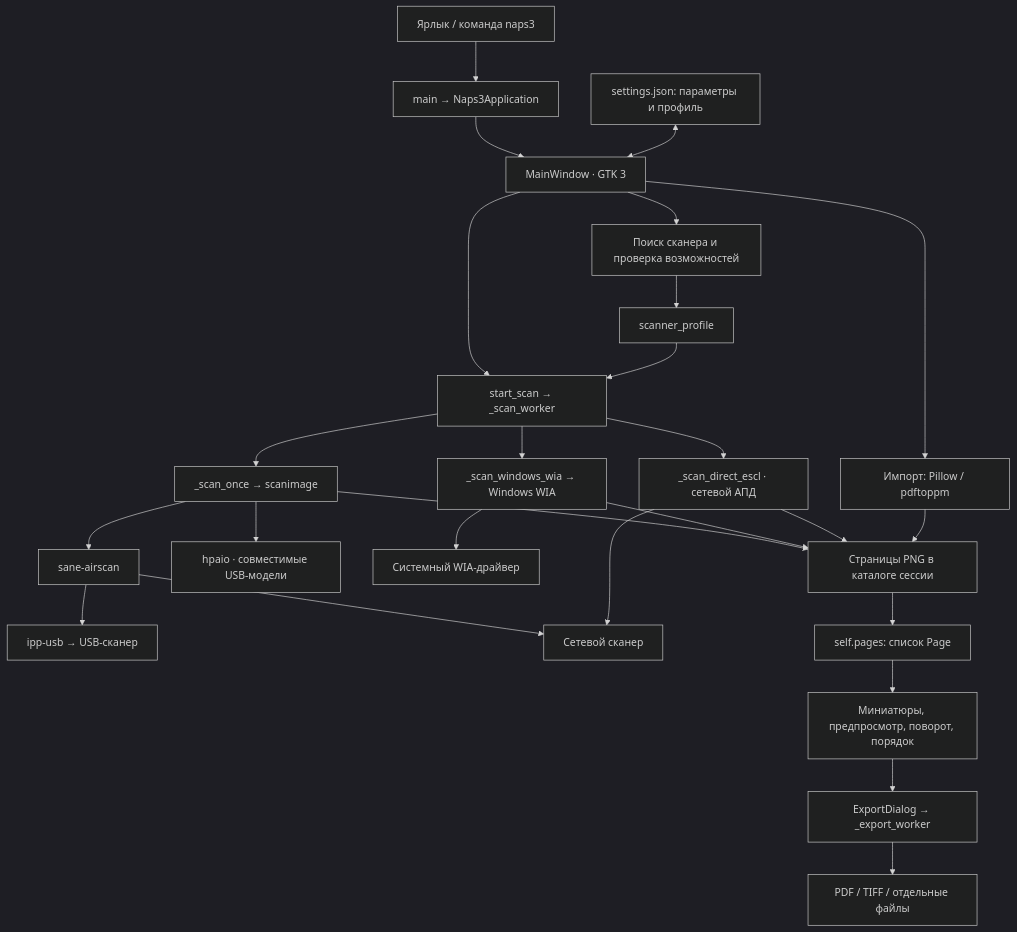
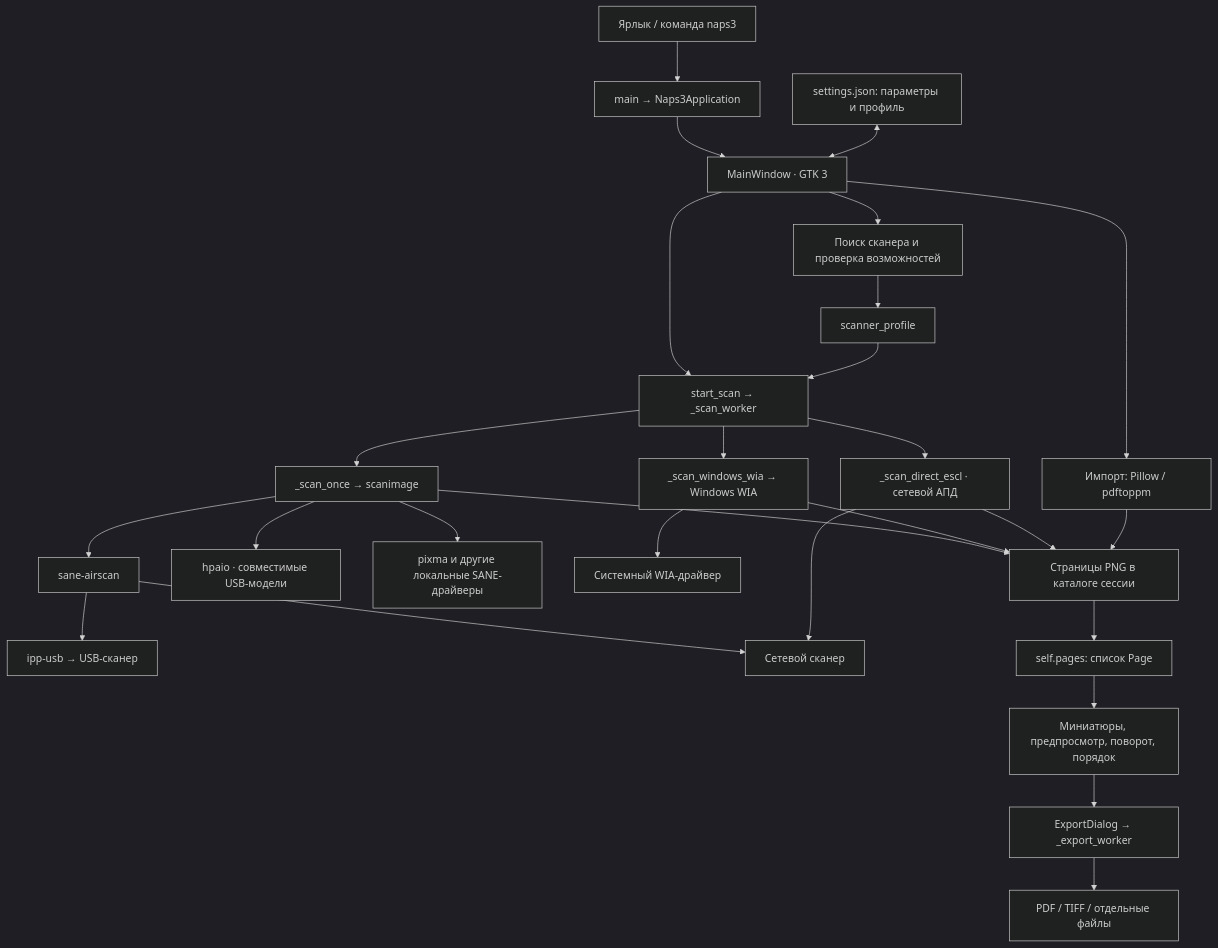
One commit to Kostya5232/naps3-redos changed the first of 3 diagrams in PROGRAM_MAP.md. Above: the diagram before and after it, drawn with Mermaid (dark theme). The commit also changed other lines of this file and 13 other files, not shown here.

````diff
--- a/PROGRAM_MAP.md
+++ b/PROGRAM_MAP.md
@@ -13,28 +13,29 @@
 ```mermaid
 flowchart TD
     Launch["Ярлык / команда naps3"] --> Main["main → Naps3Application"]
     Main --> UI["MainWindow · GTK 3"]
     Settings["settings.json: параметры и профиль"] <--> UI
     UI --> Discovery["Поиск сканера и проверка возможностей"]
     Discovery --> Profile["scanner_profile"]
     UI --> Scan["start_scan → _scan_worker"]
     Profile --> Scan
     Scan --> SANE["_scan_once → scanimage"]
     Scan --> WIA["_scan_windows_wia → Windows WIA"]
     Scan --> ESCL["_scan_direct_escl · сетевой АПД"]
     SANE --> Airscan["sane-airscan"]
     SANE --> Hpaio["hpaio · совместимые USB-модели"]
+    SANE --> Vendor["pixma и другие локальные SANE-драйверы"]
     Airscan --> Proxy["ipp-usb → USB-сканер"]
     Airscan --> Network["Сетевой сканер"]
     ESCL --> Network
     WIA --> WinDriver["Системный WIA-драйвер"]
     SANE --> PNG["Страницы PNG в каталоге сессии"]
     WIA --> PNG
     ESCL --> PNG
     UI --> Import["Импорт: Pillow / pdftoppm"]
     Import --> PNG
     PNG --> Pages["self.pages: список Page"]
     Pages --> Edit["Миниатюры, предпросмотр, поворот, порядок"]
     Edit --> Export["ExportDialog → _export_worker"]
     Export --> Files["PDF / TIFF / отдельные файлы"]
 ```
````
